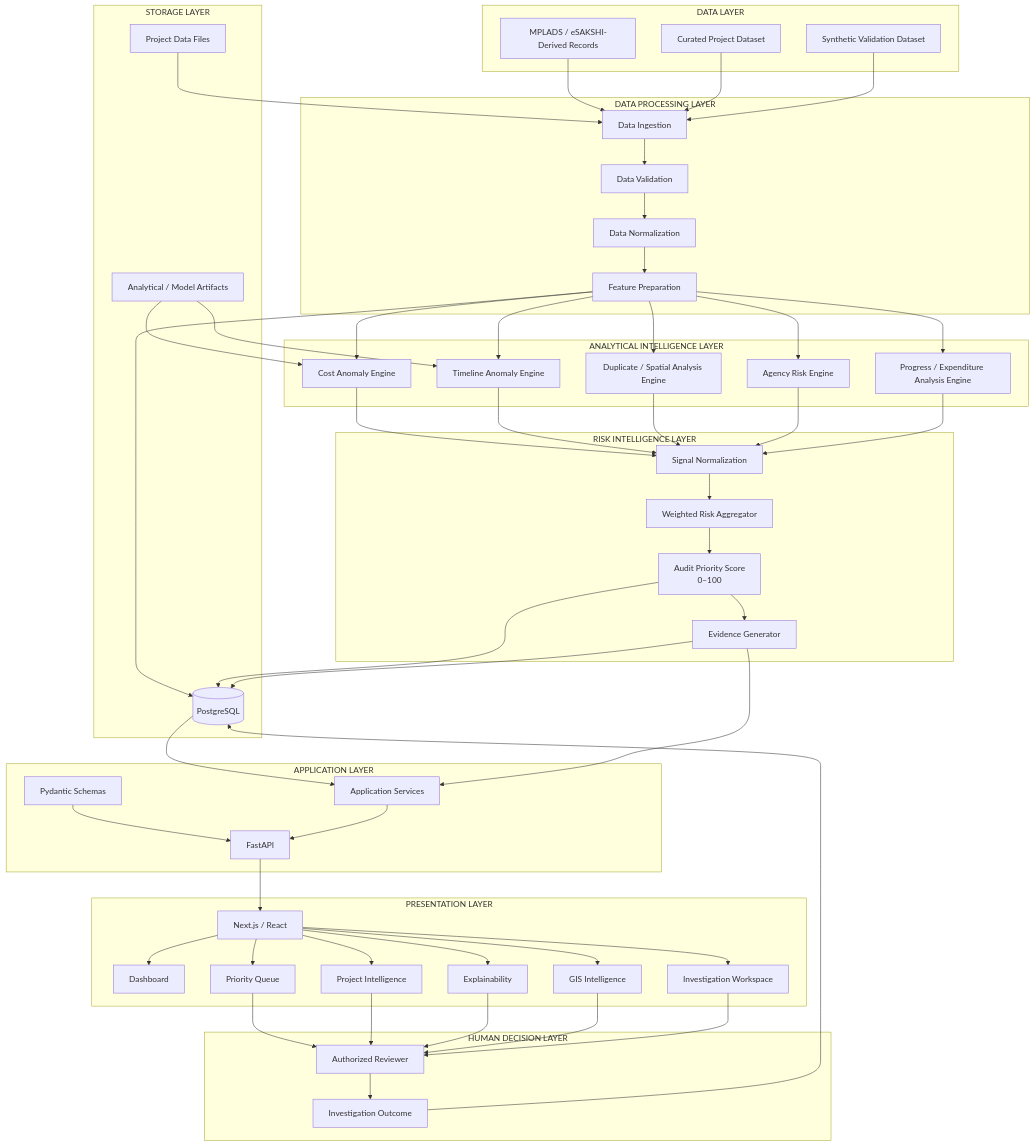
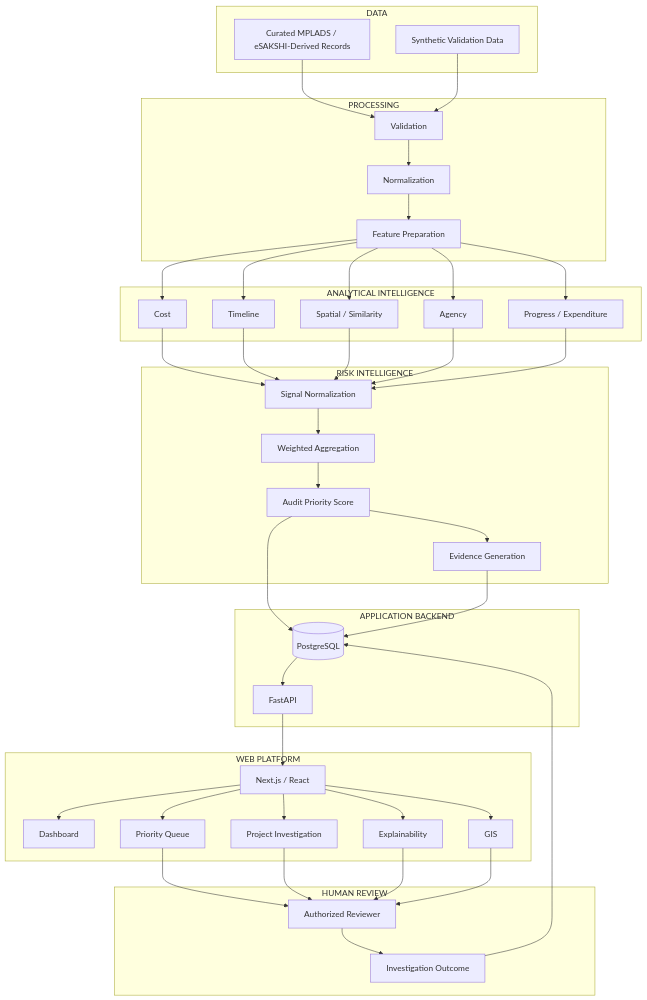
Diagram 11 of 19 in README.md (the-nidhi-bhat/mplads-sentinel), drawn with Mermaid before and after one commit. The commit also changed other lines of this file, not shown here.

````diff
--- a/README.md
+++ b/README.md
@@ -759,154 +419,90 @@
 ```mermaid
 flowchart TB
 
-    subgraph DATA["DATA LAYER"]
-
-        RAW["MPLADS / eSAKSHI-Derived Records"]
-
-        CURATED["Curated Project Dataset"]
-
-        SYNTH["Synthetic Validation Dataset"]
-
+    subgraph DATA["DATA"]
+        D1["Curated MPLADS / eSAKSHI-Derived Records"]
+        D2["Synthetic Validation Data"]
     end
 
-    subgraph PIPELINE["DATA PROCESSING LAYER"]
-
-        INGEST["Data Ingestion"]
-
-        VALIDATE["Data Validation"]
-
-        NORMALIZE["Data Normalization"]
-
-        FEATURES["Feature Preparation"]
-
+    subgraph PROCESS["PROCESSING"]
+        P1["Validation"]
+        P2["Normalization"]
+        P3["Feature Preparation"]
     end
 
-    subgraph ANALYTICS["ANALYTICAL INTELLIGENCE LAYER"]
-
-        COST["Cost Anomaly Engine"]
-
-        TIME["Timeline Anomaly Engine"]
-
-        SPATIAL["Duplicate / Spatial Analysis Engine"]
-
-        AGENCY["Agency Risk Engine"]
-
-        PROGRESS["Progress / Expenditure Analysis Engine"]
-
+    subgraph ANALYTICS["ANALYTICAL INTELLIGENCE"]
+        A1["Cost"]
+        A2["Timeline"]
+        A3["Spatial / Similarity"]
+        A4["Agency"]
+        A5["Progress / Expenditure"]
     end
 
-    subgraph RISK["RISK INTELLIGENCE LAYER"]
-
-        SIGNAL["Signal Normalization"]
-
-        AGG["Weighted Risk Aggregator"]
-
-        SCORE["Audit Priority Score<br/>0–100"]
-
-        EVIDENCE["Evidence Generator"]
-
+    subgraph RISK["RISK INTELLIGENCE"]
+        R1["Signal Normalization"]
+        R2["Weighted Aggregation"]
+        R3["Audit Priority Score"]
+        R4["Evidence Generation"]
     end
 
-    subgraph STORAGE["STORAGE LAYER"]
-
+    subgraph BACKEND["APPLICATION BACKEND"]
+        API["FastAPI"]
         DB[("PostgreSQL")]
-
-        ARTIFACTS["Analytical / Model Artifacts"]
-
-        FILES["Project Data Files"]
-
     end
 
-    subgraph API["APPLICATION LAYER"]
-
-        FASTAPI["FastAPI"]
-
-        SCHEMA["Pydantic Schemas"]
-
-        SERVICES["Application Services"]
-
+    subgraph FRONTEND["WEB PLATFORM"]
+        WEB["Next.js / React"]
+        DASH["Dashboard"]
+        QUEUE["Priority Queue"]
+        MAP["GIS"]
+        PROJECT["Project Investigation"]
+        EXPLAIN["Explainability"]
     end
 
-    subgraph FRONTEND["PRESENTATION LAYER"]
-
-        NEXT["Next.js / React"]
-
-        DASHBOARD["Dashboard"]
-
-        PRIORITY["Priority Queue"]
-
-        PROJECT["Project Intelligence"]
-
-        EXPLAIN["Explainability"]
-
-        GIS["GIS Intelligence"]
-
-        INVESTIGATION["Investigation Workspace"]
-
+    subgraph HUMAN["HUMAN REVIEW"]
+        REVIEW["Authorized Reviewer"]
+        OUTCOME["Investigation Outcome"]
     end
 
-    subgraph HUMAN["HUMAN DECISION LAYER"]
+    D1 --> P1
+    D2 --> P1
 
-        REVIEWER["Authorized Reviewer"]
+    P1 --> P2
+    P2 --> P3
 
-        OUTCOME["Investigation Outcome"]
+    P3 --> A1
+    P3 --> A2
+    P3 --> A3
+    P3 --> A4
+    P3 --> A5
 
-    end
+    A1 --> R1
+    A2 --> R1
+    A3 --> R1
+    A4 --> R1
+    A5 --> R1
 
-    RAW --> INGEST
-    CURATED --> INGEST
-    SYNTH --> INGEST
+    R1 --> R2
+    R2 --> R3
+    R3 --> R4
 
-    INGEST --> VALIDATE
-    VALIDATE --> NORMALIZE
-    NORMALIZE --> FEATURES
+    R3 --> DB
+    R4 --> DB
 
-    FEATURES --> COST
-    FEATURES --> TIME
-    FEATURES --> SPATIAL
-    FEATURES --> AGENCY
-    FEATURES --> PROGRESS
+    DB --> API
+    API --> WEB
 
-    COST --> SIGNAL
-    TIME --> SIGNAL
-    SPATIAL --> SIGNAL
-    AGENCY --> SIGNAL
-    PROGRESS --> SIGNAL
+    WEB --> DASH
+    WEB --> QUEUE
+    WEB --> MAP
+    WEB --> PROJECT
+    WEB --> EXPLAIN
 
-    SIGNAL --> AGG
-    AGG --> SCORE
-    SCORE --> EVIDENCE
+    QUEUE --> REVIEW
+    PROJECT --> REVIEW
+    EXPLAIN --> REVIEW
+    MAP --> REVIEW
 
-    FEATURES --> DB
-    SCORE --> DB
-    EVIDENCE --> DB
-
-    ARTIFACTS --> COST
-    ARTIFACTS --> TIME
-
-    FILES --> INGEST
-
-    DB --> SERVICES
-    EVIDENCE --> SERVICES
-
-    SCHEMA --> FASTAPI
-    SERVICES --> FASTAPI
-
-    FASTAPI --> NEXT
-
-    NEXT --> DASHBOARD
-    NEXT --> PRIORITY
-    NEXT --> PROJECT
-    NEXT --> EXPLAIN
-    NEXT --> GIS
-    NEXT --> INVESTIGATION
-
-    PRIORITY --> REVIEWER
-    PROJECT --> REVIEWER
-    EXPLAIN --> REVIEWER
-    GIS --> REVIEWER
-    INVESTIGATION --> REVIEWER
-
-    REVIEWER --> OUTCOME
+    REVIEW --> OUTCOME
     OUTCOME --> DB
 ```
````
